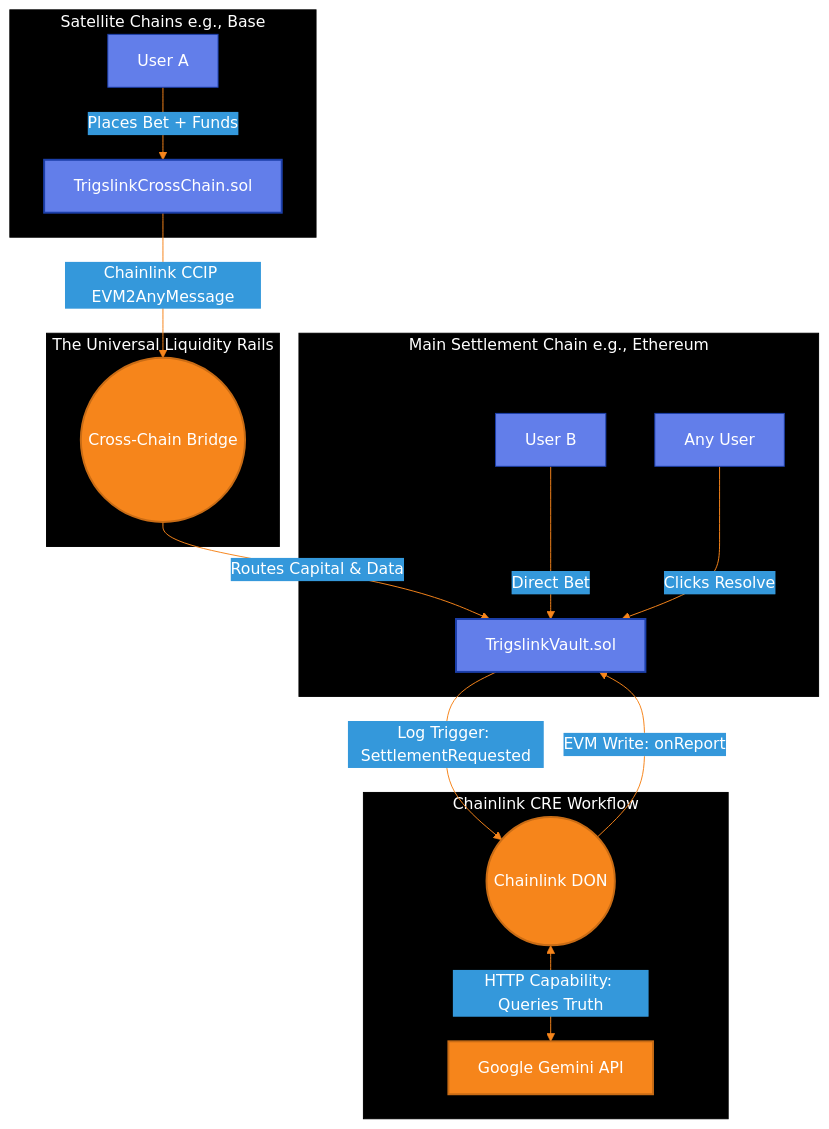
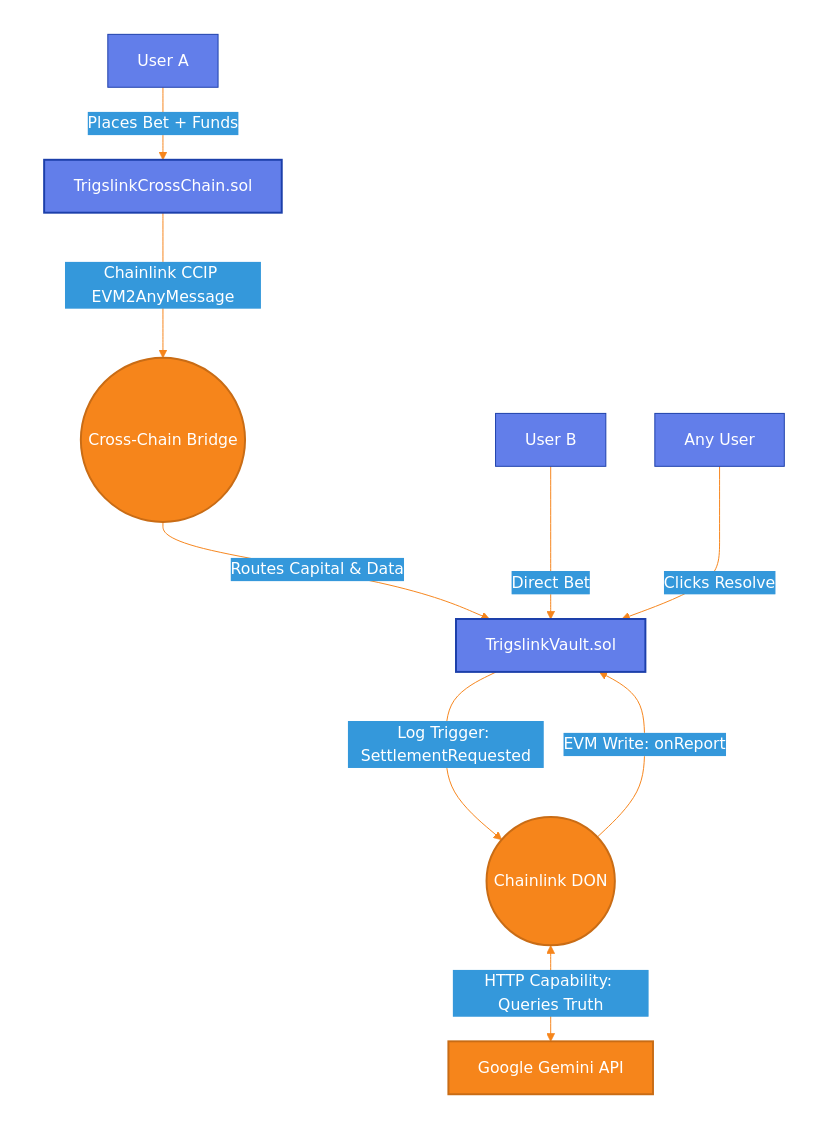
The first of 2 diagrams in README.md (Trigs-link/trigslink), drawn with Mermaid before and after one commit.

Commit message:
README updated

````diff
--- a/README.md
+++ b/README.md
@@ -21,41 +21,41 @@
 ```mermaid
 %%{init: {
   'theme': 'base',
   'themeVariables': {
     'primaryColor': '#627eea',
     'primaryTextColor': '#ffffff',
     'primaryBorderColor': '#1c3faa',
     'lineColor': '#f6851b',
     'secondaryColor': '#3498db',
-    'tertiaryColor': '#000000',
+    'tertiaryColor': 'transparent',
     'fontFamily': 'Inter, system-ui, sans-serif',
     'background': '#0b0f1c'
   }
 }}%%
 graph TD
     subgraph Satellite Chains [Satellite Chains e.g., Base]
         UserA[User A] -->|Places Bet + Funds| CC_Sender[TrigslinkCrossChain.sol]
     end
 
     subgraph The Universal Liquidity Rails
         CC_Sender -->|Chainlink CCIP EVM2AnyMessage| Bridge((Cross-Chain Bridge))
     end
 
     subgraph Main Hub [Main Settlement Chain e.g., Ethereum]
         Bridge -->|Routes Capital & Data| Vault[TrigslinkVault.sol]
         UserB[User B] -->|Direct Bet| Vault
         UserC[Any User] -->|Clicks Resolve| Vault
     end
 
     subgraph Off-Chain Truth Engine [Chainlink CRE Workflow]
         Vault -->|Log Trigger: SettlementRequested| DON((Chainlink DON))
         DON <-->|HTTP Capability: Queries Truth| Gemini[Google Gemini API]
         DON -->|EVM Write: onReport| Vault
     end
 
     classDef contract fill:#627eea,stroke:#1c3faa,stroke-width:2px,color:#fff;
     classDef external fill:#f6851b,stroke:#c96c15,stroke-width:2px,color:#fff;
     
     class Vault,CC_Sender contract;
     class DON,Bridge,Gemini external;
 ```
````
